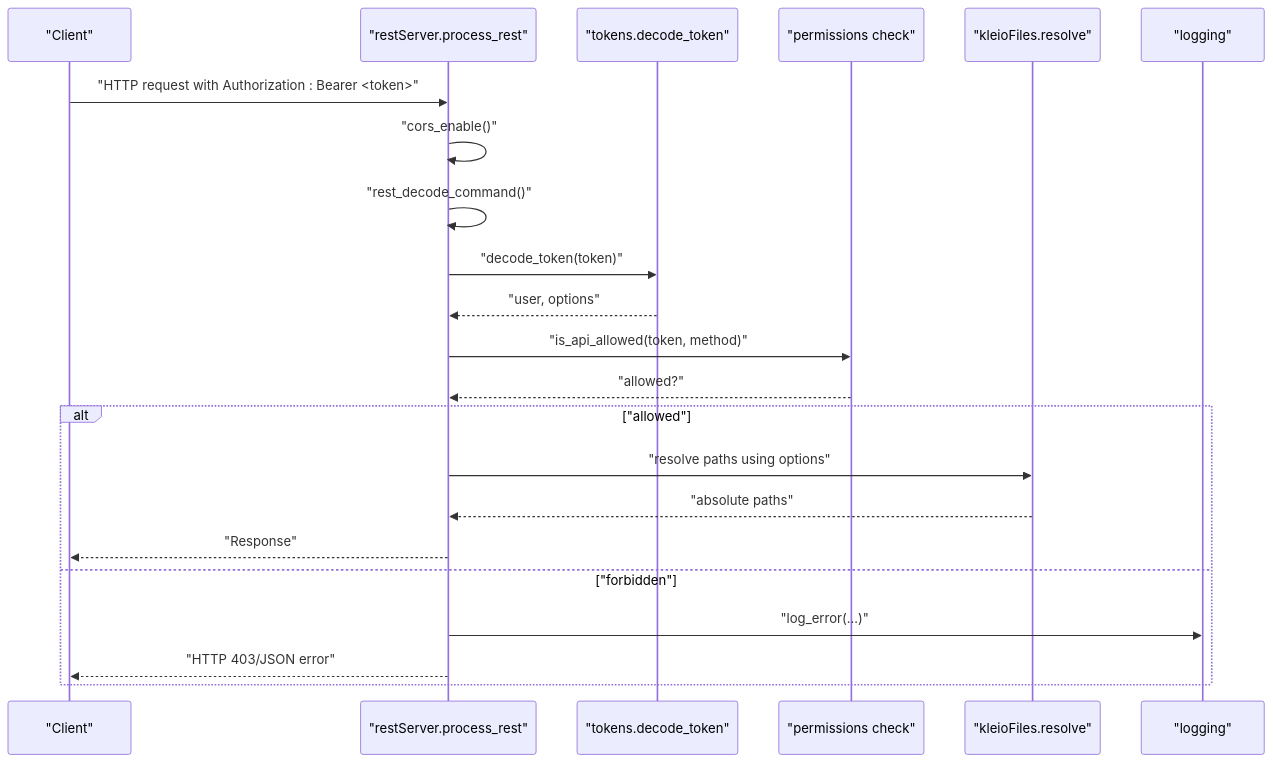
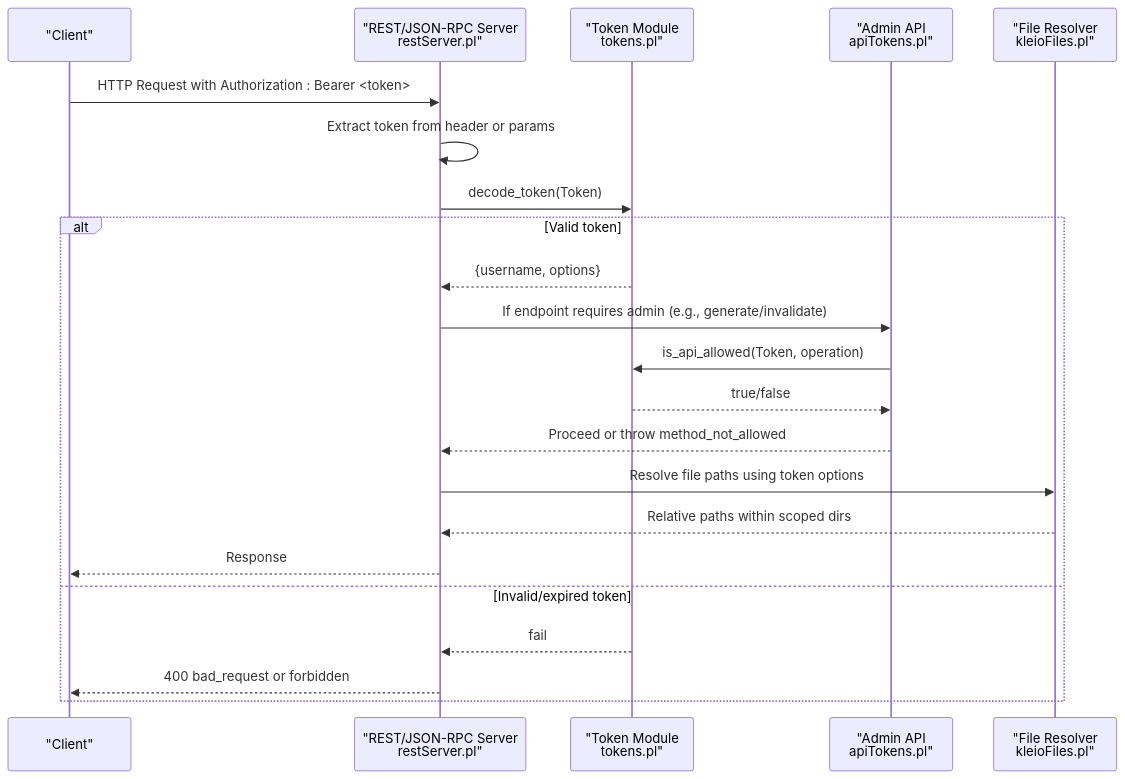
Before and after one commit to time-link/timelink-kleio: the second of 10 diagrams in .qoder/repowiki/en/content/Authentication and Security.md, drawn with Mermaid. The commit also changed other lines of this file and 225 other files, not shown here.

````diff
--- a/.qoder/repowiki/en/content/Authentication and Security.md
+++ b/.qoder/repowiki/en/content/Authentication and Security.md
@@ -90,24 +92,24 @@
 ```mermaid
 sequenceDiagram
-participant Client as "Client"
-participant REST as "restServer.process_rest"
-participant TOK as "tokens.decode_token"
-participant AUTH as "permissions check"
-participant FS as "kleioFiles.resolve"
-participant LOG as "logging"
-Client->>REST : "HTTP request with Authorization : Bearer <token>"
-REST->>REST : "cors_enable()"
-REST->>REST : "rest_decode_command()"
-REST->>TOK : "decode_token(token)"
-TOK-->>REST : "user, options"
-REST->>AUTH : "is_api_allowed(token, method)"
-AUTH-->>REST : "allowed?"
-alt "allowed"
-REST->>FS : "resolve paths using options"
-FS-->>REST : "absolute paths"
-REST-->>Client : "Response"
-else "forbidden"
-REST->>LOG : "log_error(...)"
-REST-->>Client : "HTTP 403/JSON error"
+participant C as "Client"
+participant S as "REST/JSON-RPC Server<br/>restServer.pl"
+participant T as "Token Module<br/>tokens.pl"
+participant A as "Admin API<br/>apiTokens.pl"
+participant F as "File Resolver<br/>kleioFiles.pl"
+C->>S : HTTP Request with Authorization : Bearer <token>
+S->>S : Extract token from header or params
+S->>T : decode_token(Token)
+alt Valid token
+T-->>S : {username, options}
+S->>A : If endpoint requires admin (e.g., generate/invalidate)
+A->>T : is_api_allowed(Token, operation)
+T-->>A : true/false
+A-->>S : Proceed or throw method_not_allowed
+S->>F : Resolve file paths using token options
+F-->>S : Relative paths within scoped dirs
+S-->>C : Response
+else Invalid/expired token
+T-->>S : fail
+S-->>C : 400 bad_request or forbidden
 end
 ```
````
